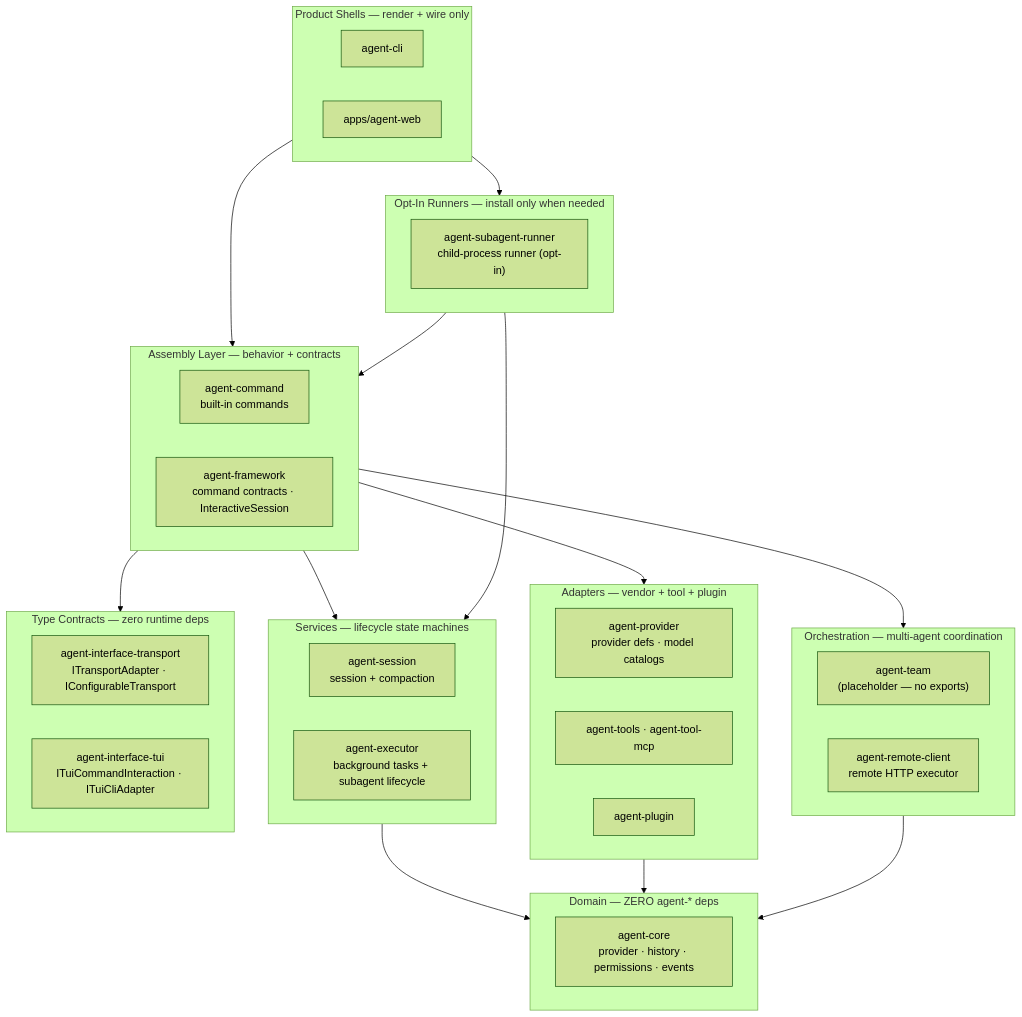
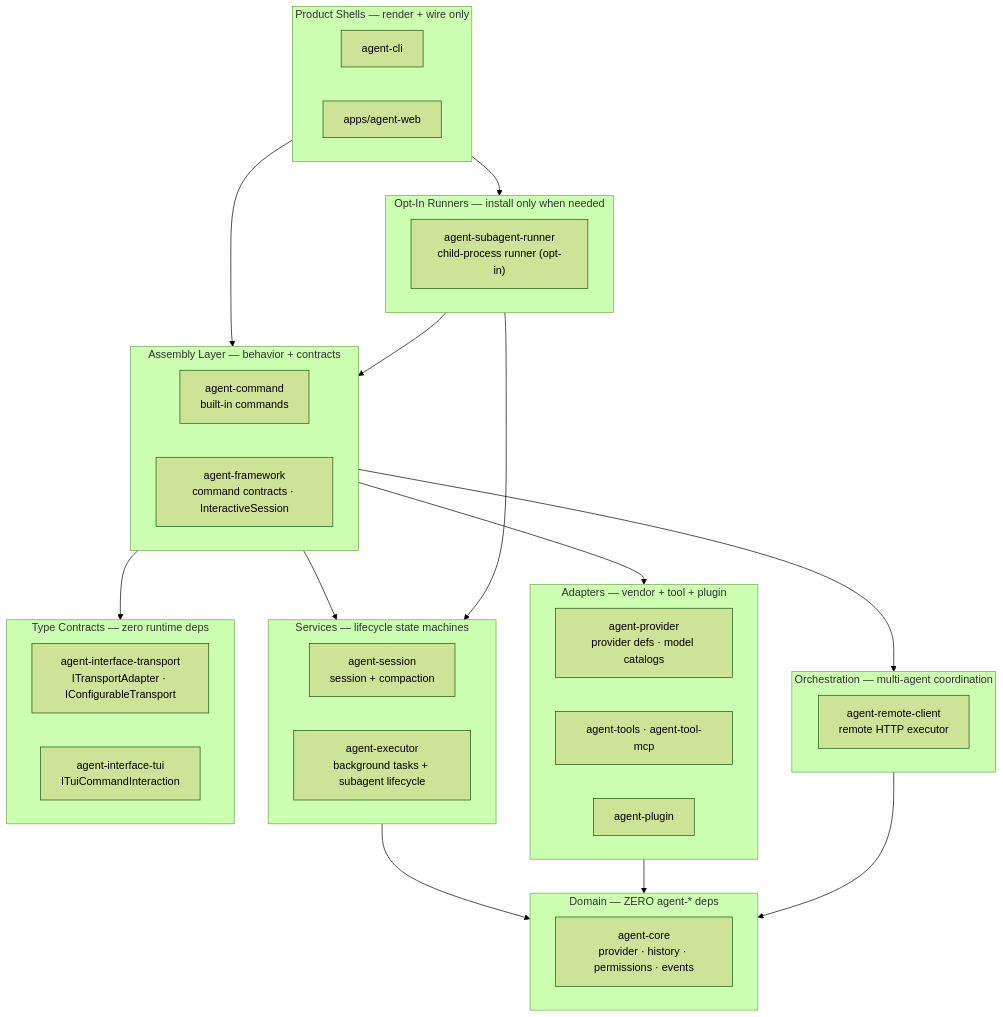
The diagram in .agents/specs/architecture-map/capability-placement.md (woojubb/robota), drawn with Mermaid (forest theme) before and after one commit. The commit also changed 12 other files, not shown here.

First line of the commit message:
docs(arch): re-audit remediation — sync architecture-map + package SPECs to beta.75

````diff
--- a/.agents/specs/architecture-map/capability-placement.md
+++ b/.agents/specs/architecture-map/capability-placement.md
@@ -14,46 +14,45 @@
 ```mermaid
 flowchart TB
   subgraph Shell["Product Shells — render + wire only"]
     CLI2["agent-cli"]
     Web["apps/agent-web"]
   end
   subgraph Assembly["Assembly Layer — behavior + contracts"]
     CMD["agent-command\nbuilt-in commands"]
     FW["agent-framework\ncommand contracts · InteractiveSession"]
   end
   subgraph Services["Services — lifecycle state machines"]
     SESS["agent-session\nsession + compaction"]
     EXEC["agent-executor\nbackground tasks + subagent lifecycle"]
   end
   subgraph OptIn["Opt-In Runners — install only when needed"]
     SUBRUN["agent-subagent-runner\nchild-process runner (opt-in)"]
   end
   subgraph Adapters["Adapters — vendor + tool + plugin"]
     PROV["agent-provider\nprovider defs · model catalogs"]
     TOOLS["agent-tools · agent-tool-mcp"]
     PLUGIN["agent-plugin"]
   end
   subgraph Orchestration["Orchestration — multi-agent coordination"]
-    TEAM["agent-team\n(placeholder — no exports)"]
     REMOTE["agent-remote-client\nremote HTTP executor"]
   end
   subgraph TypeContracts["Type Contracts — zero runtime deps"]
     IFTRANSPORT["agent-interface-transport\nITransportAdapter · IConfigurableTransport"]
-    IFTUI["agent-interface-tui\nITuiCommandInteraction · ITuiCliAdapter"]
+    IFTUI["agent-interface-tui\nITuiCommandInteraction"]
   end
   subgraph Domain["Domain — ZERO agent-* deps"]
     CORE["agent-core\nprovider · history · permissions · events"]
   end
 
   Shell --> Assembly
   Shell --> OptIn
   Assembly --> Services
   Assembly --> Adapters
   Assembly --> Orchestration
   Assembly --> TypeContracts
   Services --> Domain
   Adapters --> Domain
   Orchestration --> Domain
   OptIn --> Assembly
   OptIn --> Services
 ```
````
